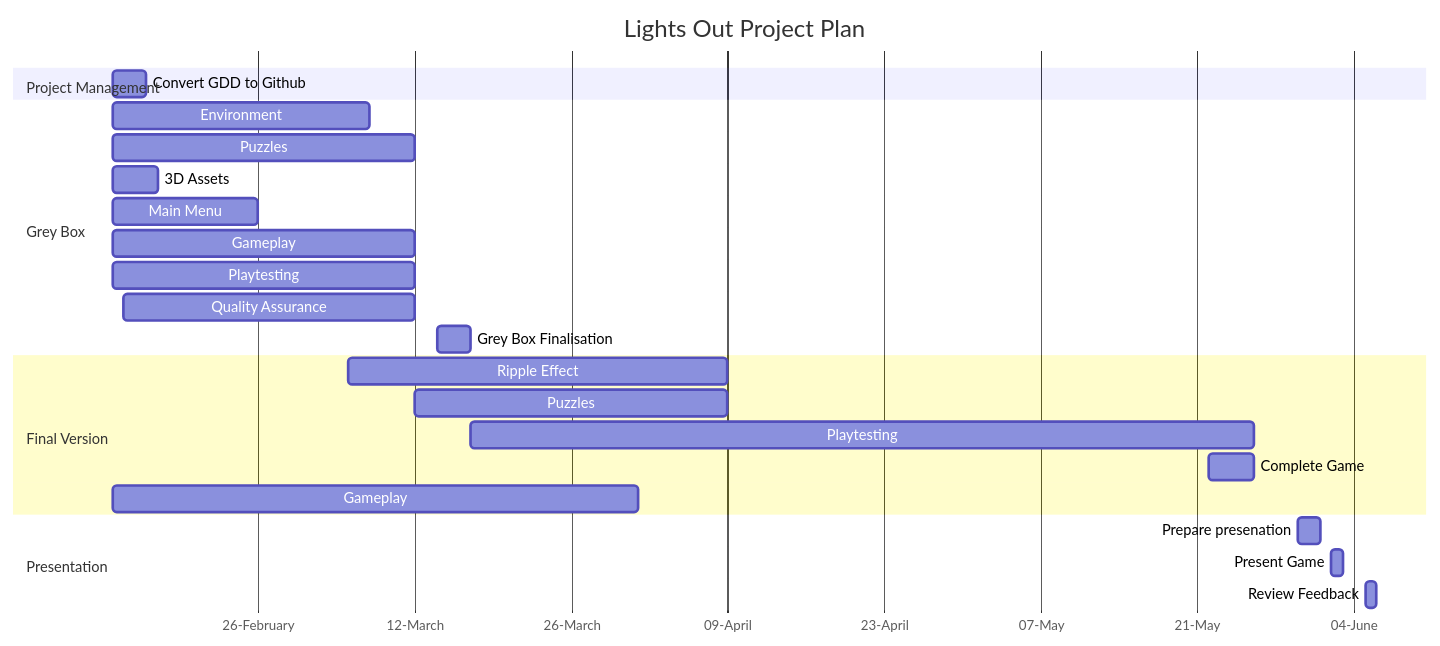
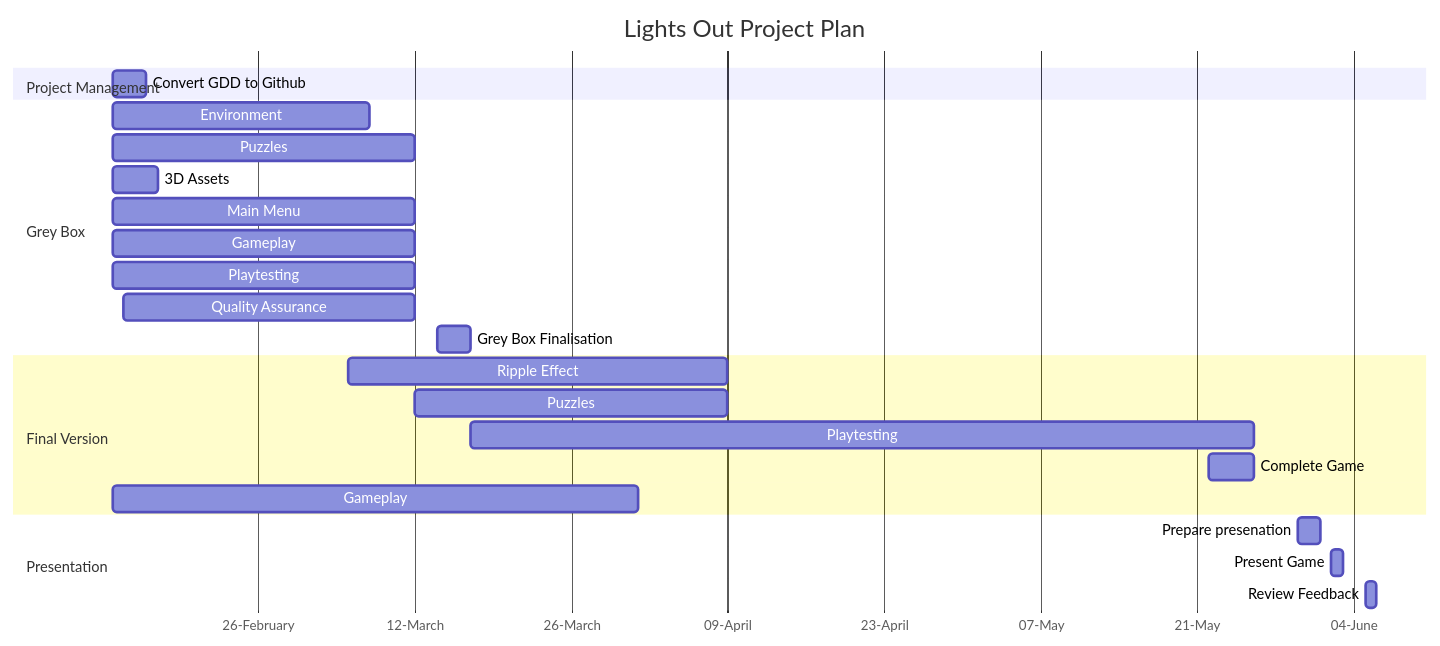
One commit to Lake-Tuggeranong-College/Lights-Out-2023S1 changed the diagram in schedule.md. Above: the diagram before and after it, drawn with Mermaid.

````diff
--- a/schedule.md
+++ b/schedule.md
@@ -14,34 +14,34 @@
 ```mermaid
 gantt
     title Lights Out Project Plan
     dateFormat  DD-MM-YY
     axisFormat  %d-%B
     tickInterval 2week
 
     section Project Management
     Convert GDD to Github :13-02-23, 3d
 
     section Grey Box
     Environment             :a1, 13-02-23, 23d
     Puzzles                 :puzzle, 13-02-23, 27d
     3D Assets               :13-02-23, 17-02-23
-    Main Menu               :13-02-23, 13d
+    Main Menu               :13-02-23, 27d
     Gameplay                :13-02-23, 12-03-23
     Playtesting             :13-02-23, 12-03-23
     Quality Assurance       :14-02-23, 12-03-23
     Grey Box Finalisation   :14-03-23, 3d
     
 
     section Final Version
 
     Ripple Effect           :06-03-23  , 09-04-23
     Puzzles                 :12-03-23  , 09-04-23
     Playtesting             :17-03-23, 26-05-23
     Complete Game           :22-05-23, 26-05-23
     Gameplay                :13-02-23, 01-04-23
 
     section Presentation
     Prepare presenation : 30-05-23, 2d
     Present Game: 02-06-23, 1d
     Review Feedback: 05-06-23, 1d
 ```
````
